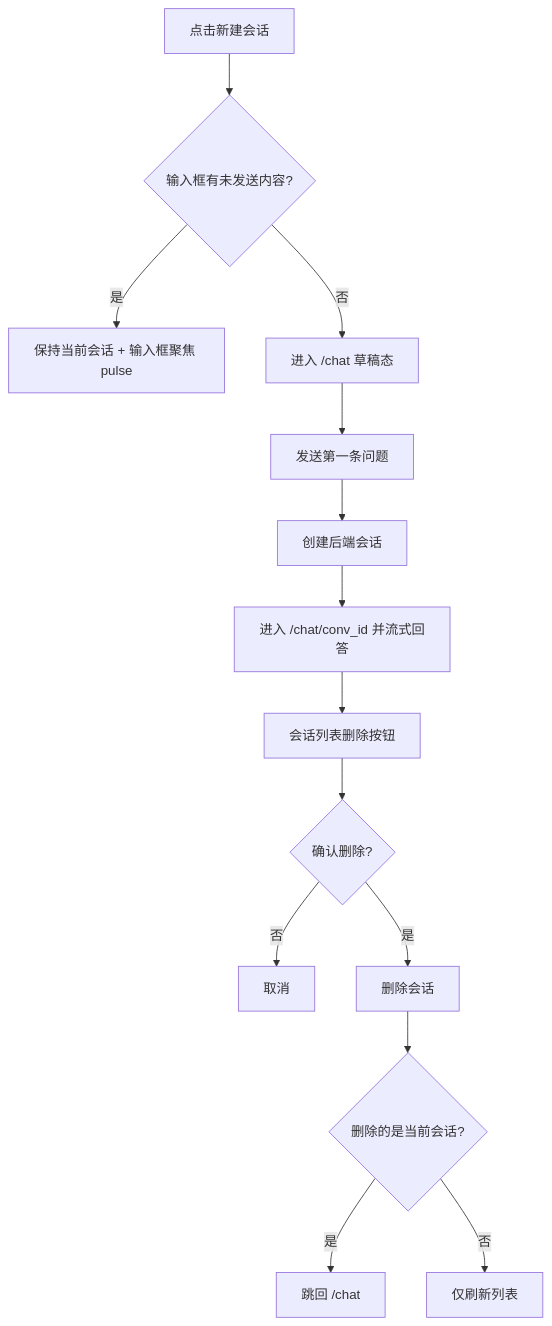
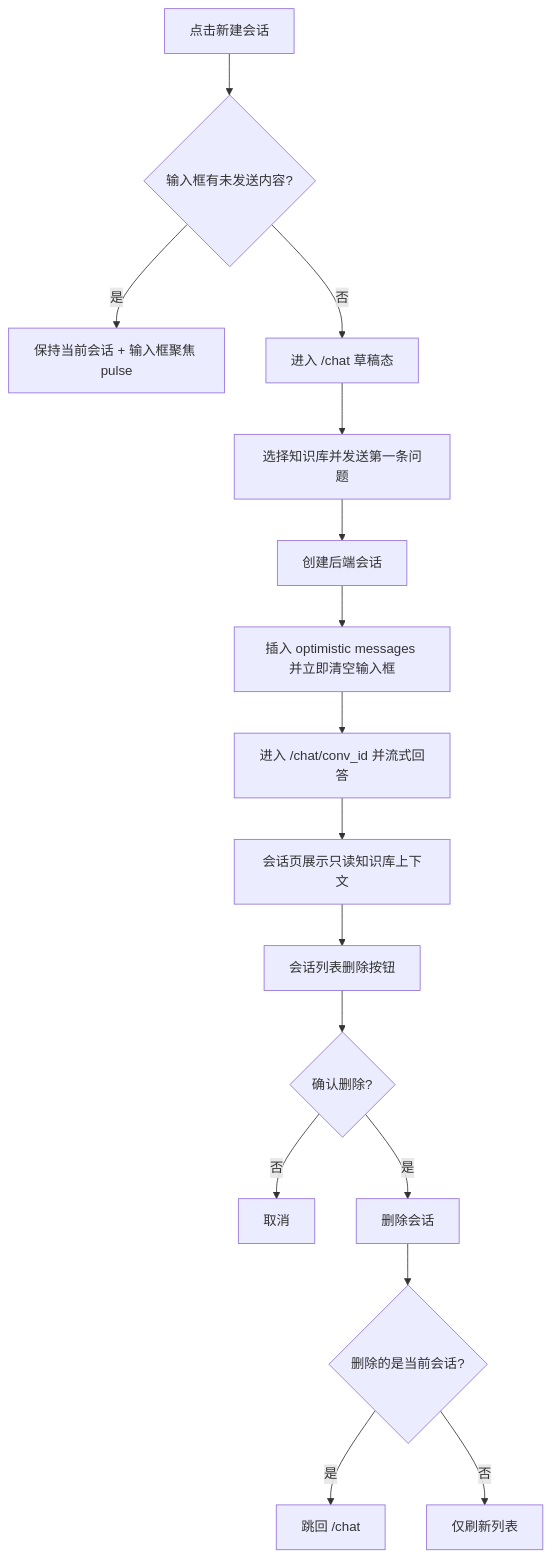
Before and after one commit to ren-meng-xue/offer-copilot: the diagram in spec/frontend/chat-ui-polish.md, drawn with Mermaid. The commit also changed other lines of this file and 64 other files, not shown here.

````diff
--- a/spec/frontend/chat-ui-polish.md
+++ b/spec/frontend/chat-ui-polish.md
@@ -111,17 +124,19 @@
 ```mermaid
 flowchart TD
   A[点击新建会话] --> B{输入框有未发送内容?}
   B -- 是 --> C[保持当前会话 + 输入框聚焦 pulse]
   B -- 否 --> D[进入 /chat 草稿态]
-  D --> E[发送第一条问题]
+  D --> E[选择知识库并发送第一条问题]
   E --> F[创建后端会话]
-  F --> G[进入 /chat/conv_id 并流式回答]
+  F --> G[插入 optimistic messages 并立即清空输入框]
+  G --> H[进入 /chat/conv_id 并流式回答]
+  H --> I[会话页展示只读知识库上下文]
 
-  G --> H[会话列表删除按钮]
-  H --> I{确认删除?}
-  I -- 否 --> J[取消]
-  I -- 是 --> K[删除会话]
-  K --> L{删除的是当前会话?}
-  L -- 是 --> M[跳回 /chat]
-  L -- 否 --> N[仅刷新列表]
+  I --> J[会话列表删除按钮]
+  J --> K{确认删除?}
+  K -- 否 --> L[取消]
+  K -- 是 --> M[删除会话]
+  M --> N{删除的是当前会话?}
+  N -- 是 --> O[跳回 /chat]
+  N -- 否 --> P[仅刷新列表]
 ```
````
